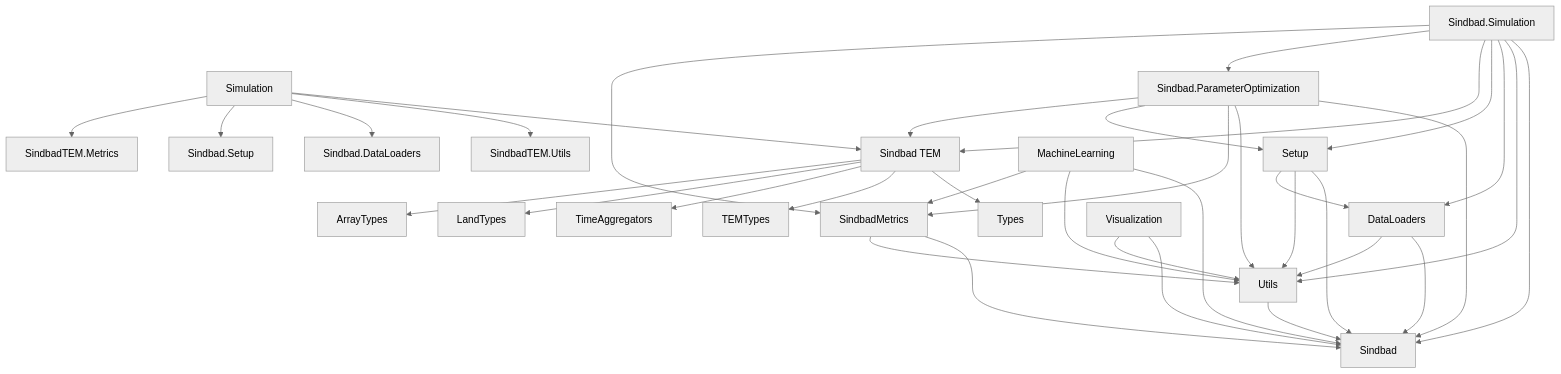
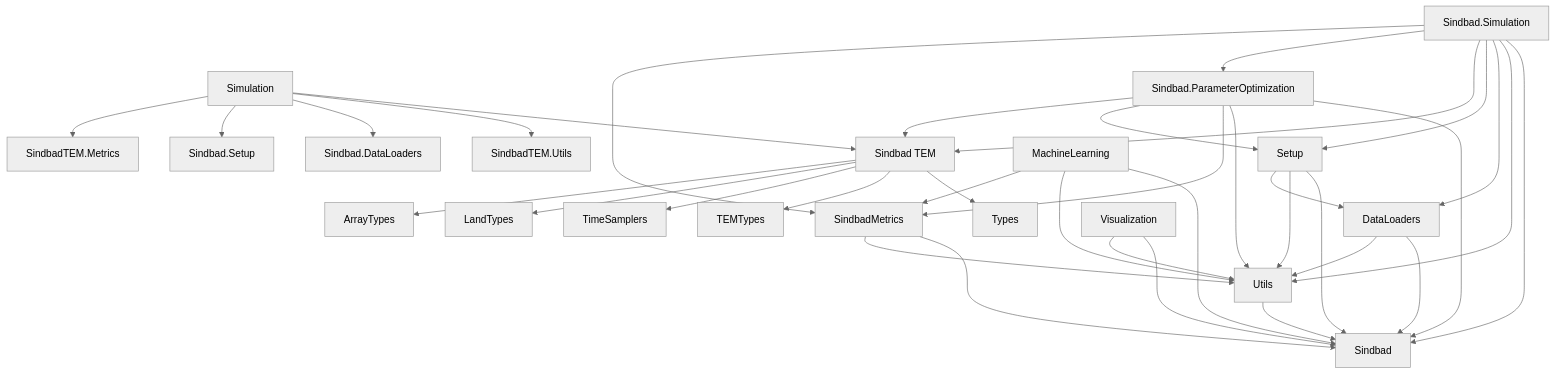
The diagram in docs/src/pages/code/overview.md (LandEcosystems/Sindbad), drawn with Mermaid (neutral theme) before and after one commit. The commit also changed 53 other files, not shown here.

````diff
--- a/docs/src/pages/code/overview.md
+++ b/docs/src/pages/code/overview.md
@@ -70,50 +70,50 @@
 ```mermaid
 graph TD
     %% Main Sindbad package
     SindbadTEM[Sindbad TEM] --> Types[Types]
     
     %% Core dependencies
     SindbadTEM --> TEMTypes[TEMTypes]
-    SindbadTEM --> TimeAggregators[TimeAggregators]
+    SindbadTEM --> TimeSamplers[TimeSamplers]
     SindbadTEM --> LandTypes[LandTypes]
     SindbadTEM --> ArrayTypes[ArrayTypes]
     
     %% Lib packages
     Utils[Utils] --> Sindbad
     DataLoaders[DataLoaders] --> Sindbad
     DataLoaders --> Utils
     
     Setup[Setup] --> Sindbad
     Setup --> Utils
     Setup --> DataLoaders
     
     SindbadMetrics[SindbadMetrics] --> Sindbad
     SindbadMetrics --> Utils
     
     Simulation[Simulation] --> SindbadTEM
     Simulation --> SindbadTEM.Utils
     Simulation --> Sindbad.DataLoaders
     Simulation --> Sindbad.Setup
     Simulation --> SindbadTEM.Metrics
     
     Sindbad.ParameterOptimization[Sindbad.ParameterOptimization] --> Sindbad
     Sindbad.ParameterOptimization --> Utils
     Sindbad.ParameterOptimization --> SindbadMetrics
     Sindbad.ParameterOptimization --> Setup
     Sindbad.ParameterOptimization --> SindbadTEM
     
     MachineLearning[MachineLearning] --> Sindbad
     MachineLearning --> Utils
     MachineLearning --> SindbadMetrics
     
     Visualization[Visualization] --> Sindbad
     Visualization --> Utils
     
     Sindbad.Simulation[Sindbad.Simulation] --> Sindbad
     Sindbad.Simulation --> Utils
     Sindbad.Simulation --> DataLoaders
     Sindbad.Simulation --> Setup
     Sindbad.Simulation --> SindbadTEM
     Sindbad.Simulation --> Sindbad.ParameterOptimization
     Sindbad.Simulation --> SindbadMetrics    
 ```
````
